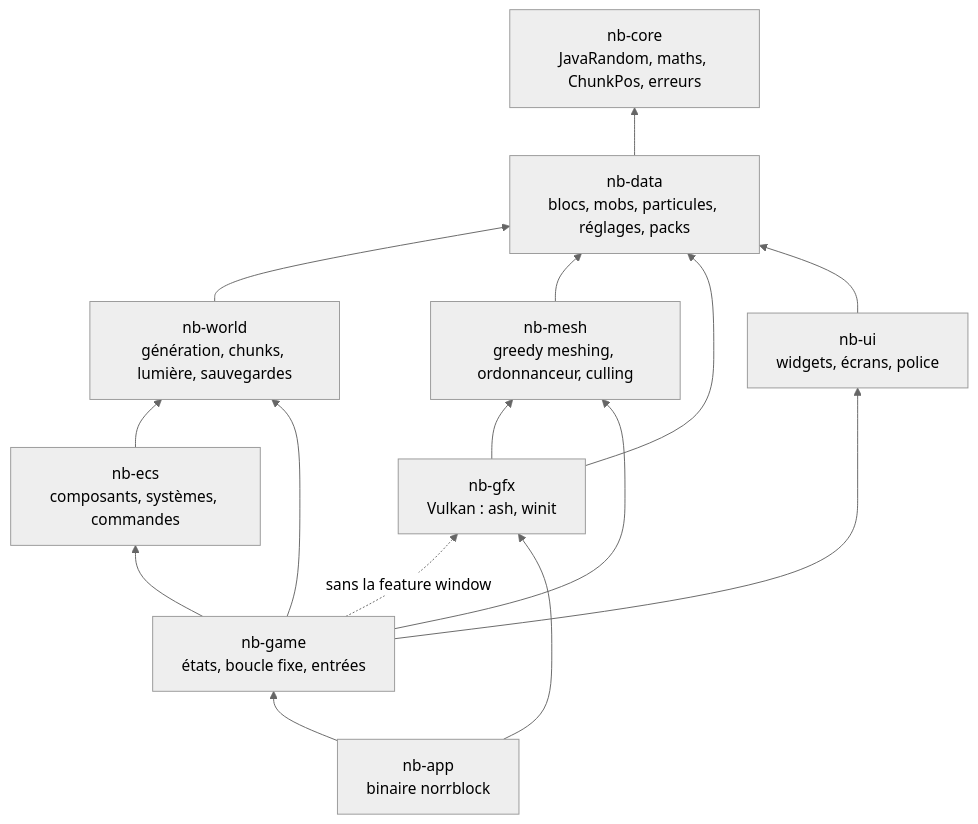
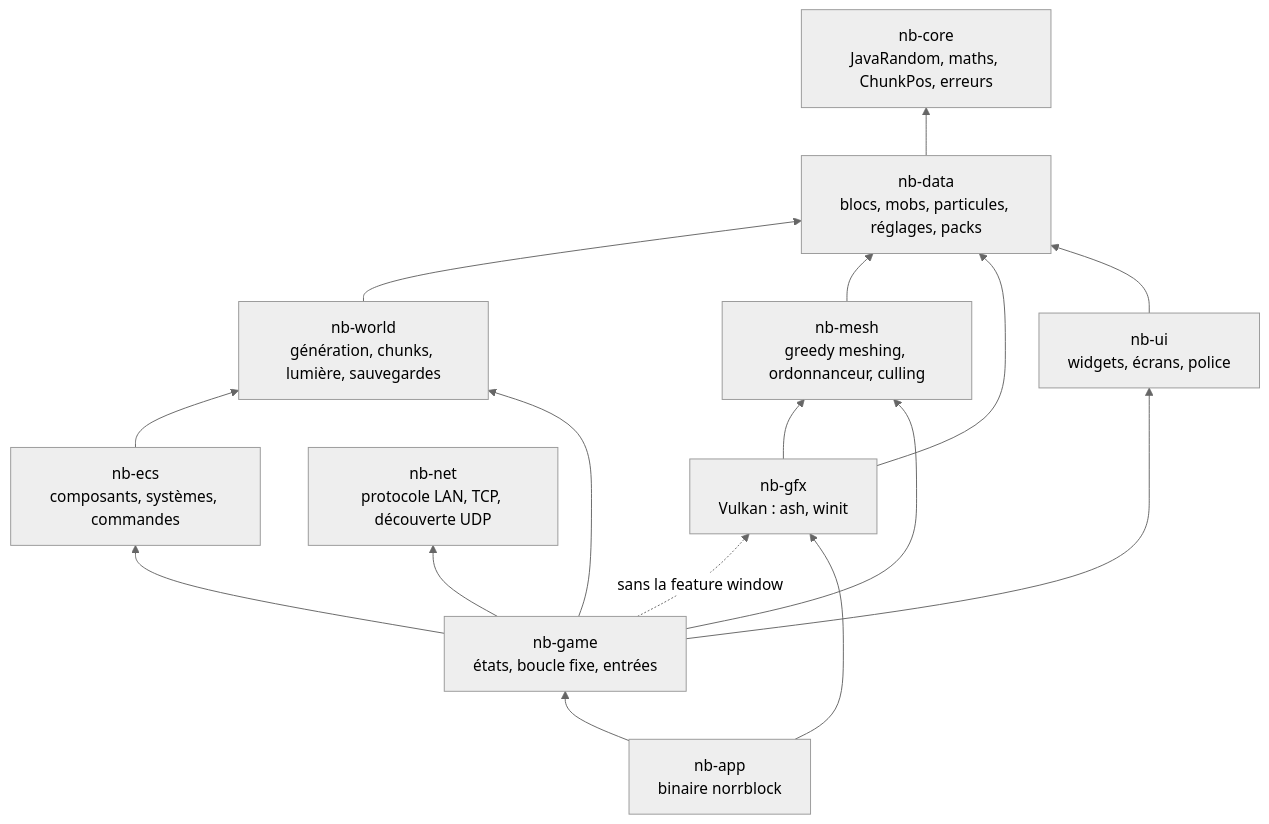
One commit to drak3r-01/Norrcraft changed the diagram in docs/ARCHITECTURE.md. Above: the diagram before and after it, drawn with Mermaid (neutral theme). The commit also changed other lines of this file and 52 other files, not shown here.

````diff
--- a/docs/ARCHITECTURE.md
+++ b/docs/ARCHITECTURE.md
@@ -8,26 +8,28 @@
 ```mermaid
 graph BT
   core[nb-core<br/>JavaRandom, maths, ChunkPos, erreurs]
   data[nb-data<br/>blocs, mobs, particules, réglages, packs]
   world[nb-world<br/>génération, chunks, lumière, sauvegardes]
   mesh[nb-mesh<br/>greedy meshing, ordonnanceur, culling]
   ecs[nb-ecs<br/>composants, systèmes, commandes]
+  net[nb-net<br/>protocole LAN, TCP, découverte UDP]
   gfx[nb-gfx<br/>Vulkan : ash, winit]
   ui[nb-ui<br/>widgets, écrans, police]
   game[nb-game<br/>états, boucle fixe, entrées]
   app[nb-app<br/>binaire norrblock]
   data --> core
   world --> data
   mesh --> data
   ecs --> world
   gfx --> data
   gfx --> mesh
   ui --> data
   game --> world
   game --> mesh
   game --> ecs
   game --> ui
+  game --> net
   game -.->|sans la feature window| gfx
   app --> game
   app --> gfx
 ```
````
